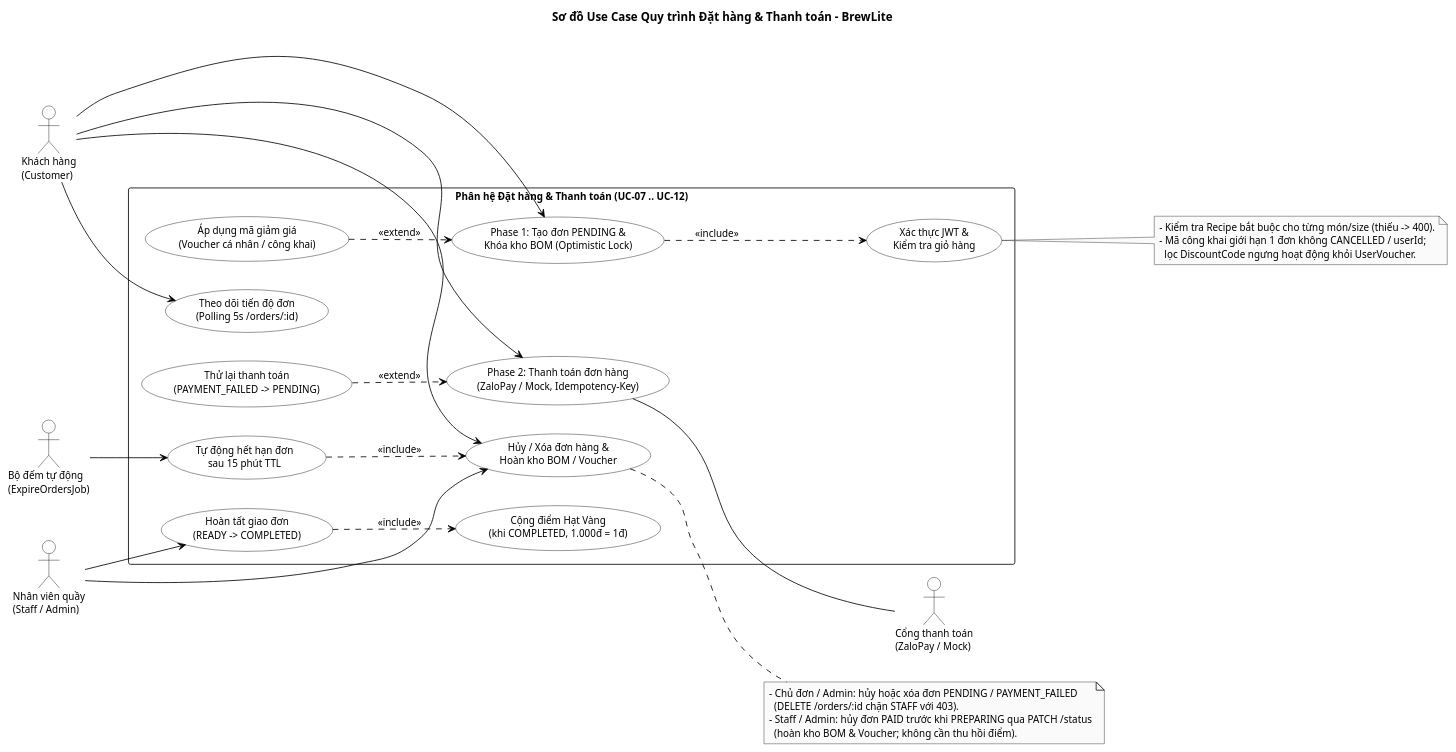
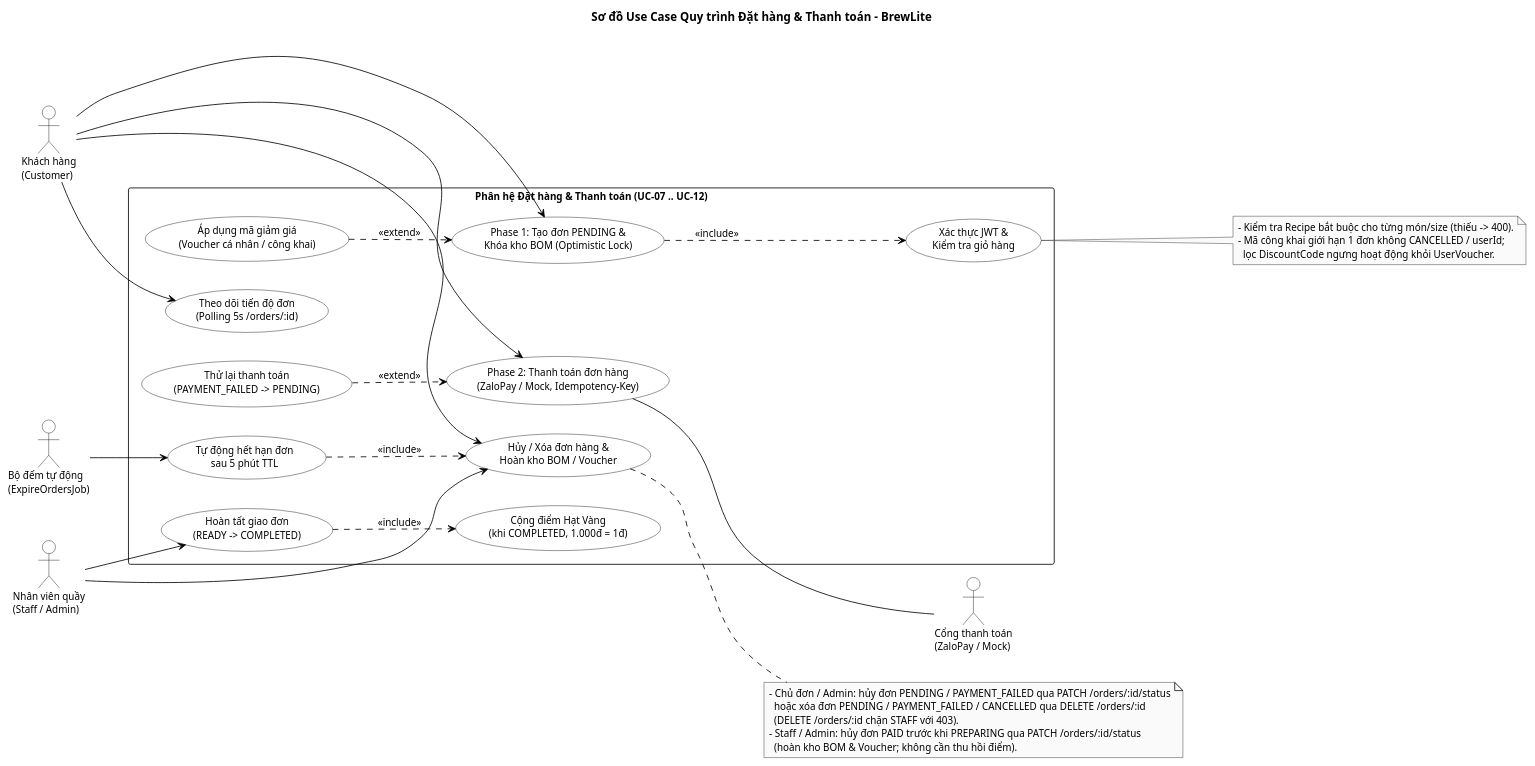
The diagram in docs/diagrams/checkout-use-case.puml (MaGiaVy/BrewLite_project), drawn with PlantUML before and after one commit. The commit also changed 77 other files, not shown here.

Commit message:
fix(all): sync 5m TTL, state machine, ZaloPay cancel, voucher/admin fixes, UMLs & test logs

```diff
--- a/docs/diagrams/checkout-use-case.puml
+++ b/docs/diagrams/checkout-use-case.puml
@@ -1,75 +1,76 @@
 @startuml
 left to right direction
 skinparam monochrome true
 skinparam shadowing false
 skinparam backgroundColor #FFFFFF
 skinparam defaultFontName "Arial"
 skinparam defaultFontSize 12
 skinparam packageStyle rectangle
 skinparam ArrowColor #000000
 skinparam actor {
   BackgroundColor #FFFFFF
   BorderColor #000000
   FontColor #000000
 }
 skinparam usecase {
   BackgroundColor #FFFFFF
   BorderColor #000000
   FontColor #000000
 }
 skinparam rectangle {
   BackgroundColor #FFFFFF
   BorderColor #000000
   FontColor #000000
 }
 
 title Sơ đồ Use Case Quy trình Đặt hàng & Thanh toán - BrewLite
 
 actor "Khách hàng\n(Customer)" as Customer
 actor "Nhân viên quầy\n(Staff / Admin)" as Staff
 actor "Bộ đếm tự động\n(ExpireOrdersJob)" as Scheduler
 actor "Cổng thanh toán\n(ZaloPay / Mock)" as Gateway
 
 rectangle "Phân hệ Đặt hàng & Thanh toán (UC-07 .. UC-12)" {
   usecase "Xác thực JWT &\nKiểm tra giỏ hàng" as UC_Auth
   usecase "Áp dụng mã giảm giá\n(Voucher cá nhân / công khai)" as UC_Voucher
   usecase "Phase 1: Tạo đơn PENDING &\nKhóa kho BOM (Optimistic Lock)" as UC_CreateOrder
   usecase "Phase 2: Thanh toán đơn hàng\n(ZaloPay / Mock, Idempotency-Key)" as UC_Payment
   usecase "Hoàn tất giao đơn\n(READY -> COMPLETED)" as UC_Complete
   usecase "Cộng điểm Hạt Vàng\n(khi COMPLETED, 1.000đ = 1đ)" as UC_Loyalty
   usecase "Thử lại thanh toán\n(PAYMENT_FAILED -> PENDING)" as UC_Retry
   usecase "Hủy / Xóa đơn hàng &\nHoàn kho BOM / Voucher" as UC_Cancel
-  usecase "Tự động hết hạn đơn\nsau 15 phút TTL" as UC_Expire
+  usecase "Tự động hết hạn đơn\nsau 5 phút TTL" as UC_Expire
   usecase "Theo dõi tiến độ đơn\n(Polling 5s /orders/:id)" as UC_Track
 }
 
 Customer --> UC_CreateOrder
 Customer --> UC_Payment
 Customer --> UC_Cancel
 Customer --> UC_Track
 
 Staff --> UC_Cancel
 Staff --> UC_Complete
 Scheduler --> UC_Expire
 UC_Payment -- Gateway
 
 UC_CreateOrder ..> UC_Auth : <<include>>
 UC_Voucher ..> UC_CreateOrder : <<extend>>
 UC_Complete ..> UC_Loyalty : <<include>>
 UC_Retry ..> UC_Payment : <<extend>>
 UC_Expire ..> UC_Cancel : <<include>>
 
 note right of UC_Cancel
-  - Chủ đơn / Admin: hủy hoặc xóa đơn PENDING / PAYMENT_FAILED
+  - Chủ đơn / Admin: hủy đơn PENDING / PAYMENT_FAILED qua PATCH /orders/:id/status
+    hoặc xóa đơn PENDING / PAYMENT_FAILED / CANCELLED qua DELETE /orders/:id
     (DELETE /orders/:id chặn STAFF với 403).
-  - Staff / Admin: hủy đơn PAID trước khi PREPARING qua PATCH /status
+  - Staff / Admin: hủy đơn PAID trước khi PREPARING qua PATCH /orders/:id/status
     (hoàn kho BOM & Voucher; không cần thu hồi điểm).
 end note
 
 note right of UC_Auth
   - Kiểm tra Recipe bắt buộc cho từng món/size (thiếu -> 400).
   - Mã công khai giới hạn 1 đơn không CANCELLED / userId;
     lọc DiscountCode ngưng hoạt động khỏi UserVoucher.
 end note
 
 @enduml
```
